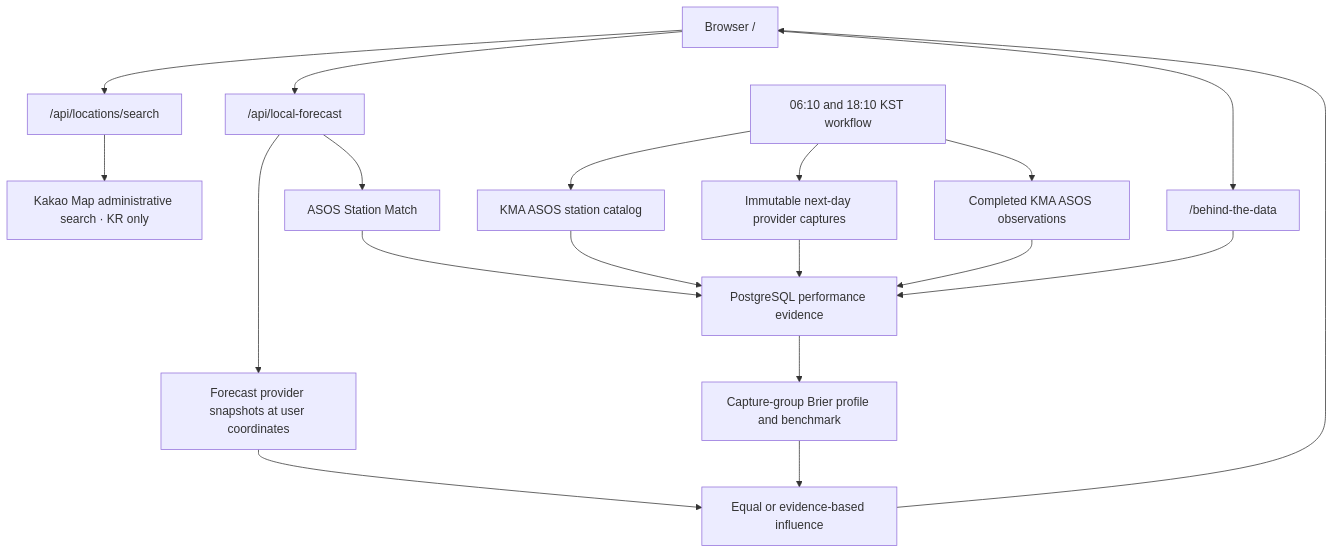
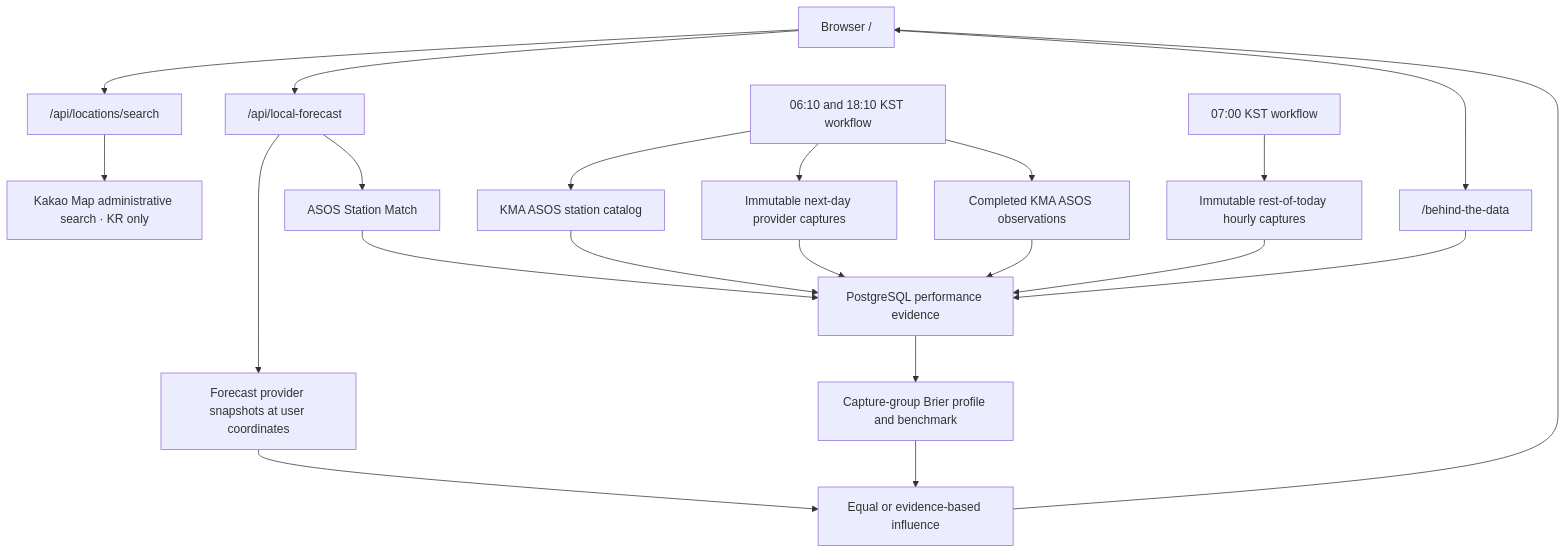
One commit to mhju0/raintoday changed the diagram in docs/FORECAST_CONTRACT.md. Above: the diagram before and after it, drawn with Mermaid. The commit also changed other lines of this file and 20 other files, not shown here.

````diff
--- a/docs/FORECAST_CONTRACT.md
+++ b/docs/FORECAST_CONTRACT.md
@@ -71,21 +73,23 @@
 ```mermaid
 flowchart TB
   Browser["Browser /"] --> Search["/api/locations/search"]
   Browser --> Local["/api/local-forecast"]
   Browser --> Behind["/behind-the-data"]
   Behind --> Database
   Search --> Geocoding["Kakao Map administrative search · KR only"]
   Local --> Providers["Forecast provider snapshots at user coordinates"]
   Local --> Match["ASOS Station Match"]
   Match --> Database["PostgreSQL performance evidence"]
   Providers --> Blend["Equal or evidence-based influence"]
   Database --> Profile["Capture-group Brier profile and benchmark"]
   Profile --> Blend
   Blend --> Browser
   Schedule["06:10 and 18:10 KST workflow"] --> Catalog["KMA ASOS station catalog"]
   Schedule --> Captures["Immutable next-day provider captures"]
   Schedule --> Observations["Completed KMA ASOS observations"]
+  Morning["07:00 KST workflow"] --> Today["Immutable rest-of-today hourly captures"]
+  Today --> Database
   Catalog --> Database
   Captures --> Database
   Observations --> Database
 ```
````
